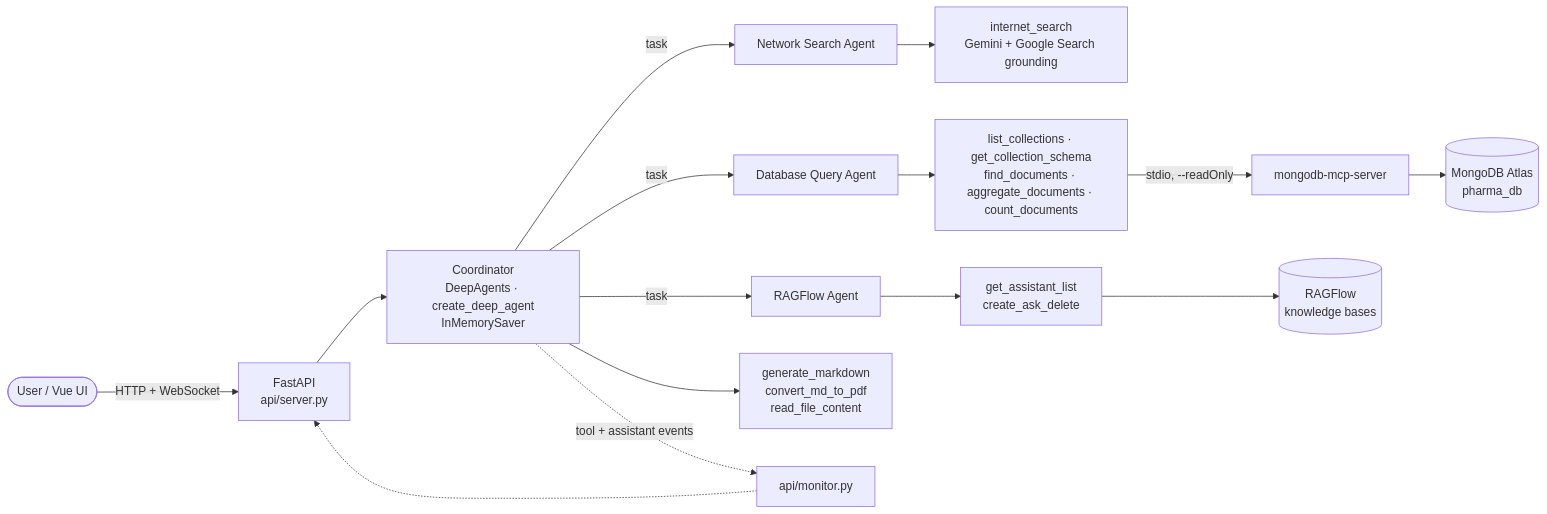
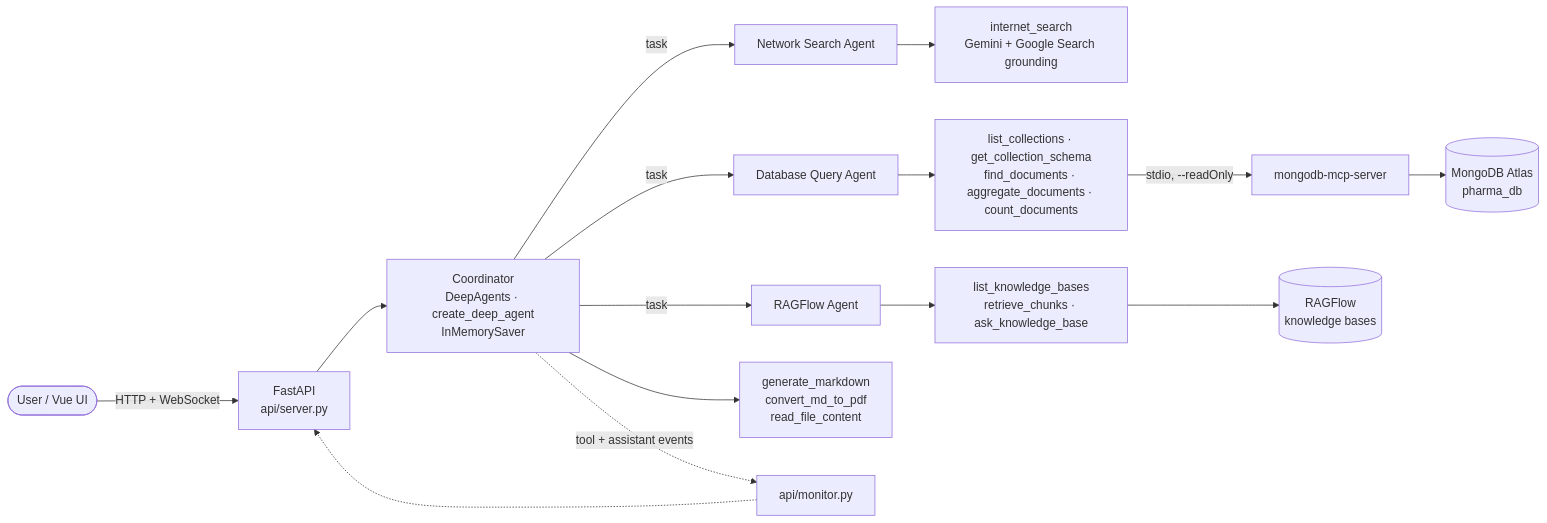
The diagram in README.md (pat-CIMAR-UF/deep_search), drawn with Mermaid before and after one commit. The commit also changed other lines of this file and 57 other files, not shown here.

````diff
--- a/README.md
+++ b/README.md
@@ -17,18 +17,18 @@
 ```mermaid
 flowchart LR
     User([User / Vue UI]) -->|HTTP + WebSocket| API[FastAPI<br/>api/server.py]
     API --> Coord[Coordinator<br/>DeepAgents · create_deep_agent<br/>InMemorySaver]
     Coord -->|task| Web[Network Search Agent]
     Coord -->|task| DB[Database Query Agent]
     Coord -->|task| KB[RAGFlow Agent]
     Coord --> Files[generate_markdown<br/>convert_md_to_pdf<br/>read_file_content]
 
     Web --> Gemini[internet_search<br/>Gemini + Google Search grounding]
     DB --> Mongo[list_collections · get_collection_schema<br/>find_documents · aggregate_documents · count_documents]
     Mongo -->|stdio, --readOnly| MCP[mongodb-mcp-server]
     MCP --> Atlas[(MongoDB Atlas<br/>pharma_db)]
-    KB --> RAG[get_assistant_list<br/>create_ask_delete]
+    KB --> RAG[list_knowledge_bases<br/>retrieve_chunks · ask_knowledge_base]
     RAG --> RAGFlow[(RAGFlow<br/>knowledge bases)]
 
     Coord -.->|tool + assistant events| Monitor[api/monitor.py] -.-> API
 ```
````
